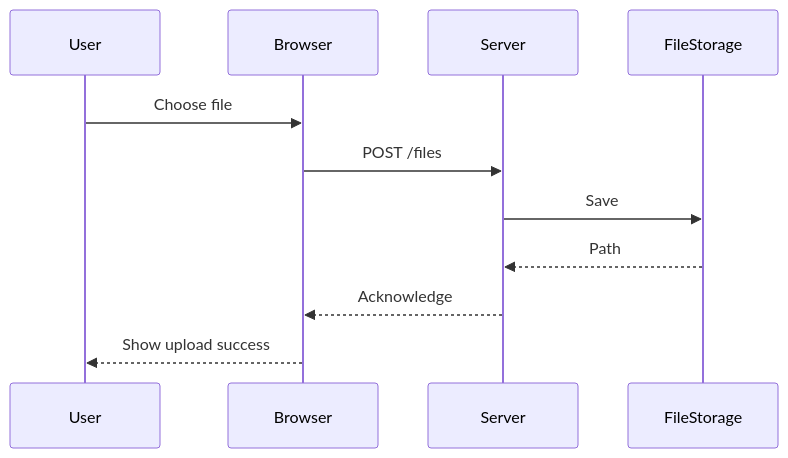
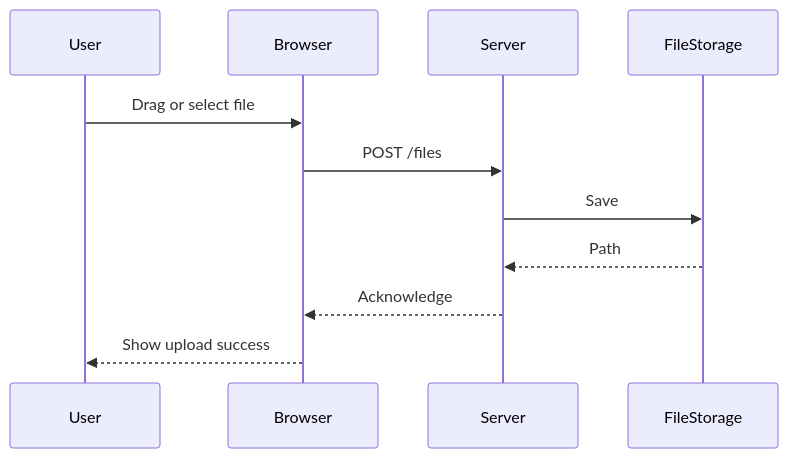
Before and after one commit to WSG23/yosai_intel_dashboard_fresh: the second of 3 diagrams in docs/sequence_diagrams.md, drawn with Mermaid. The commit also changed 5 other files, not shown here.

Commit message:
docs: add upload interface guide and update diagrams

````diff
--- a/docs/sequence_diagrams.md
+++ b/docs/sequence_diagrams.md
@@ -24,14 +24,14 @@
 ```mermaid
 sequenceDiagram
     participant U as User
     participant B as Browser
     participant S as Server
     participant FS as FileStorage
 
-    U->>B: Choose file
+    U->>B: Drag or select file
     B->>S: POST /files
     S->>FS: Save
     FS-->>S: Path
     S-->>B: Acknowledge
     B-->>U: Show upload success
 ```
````
